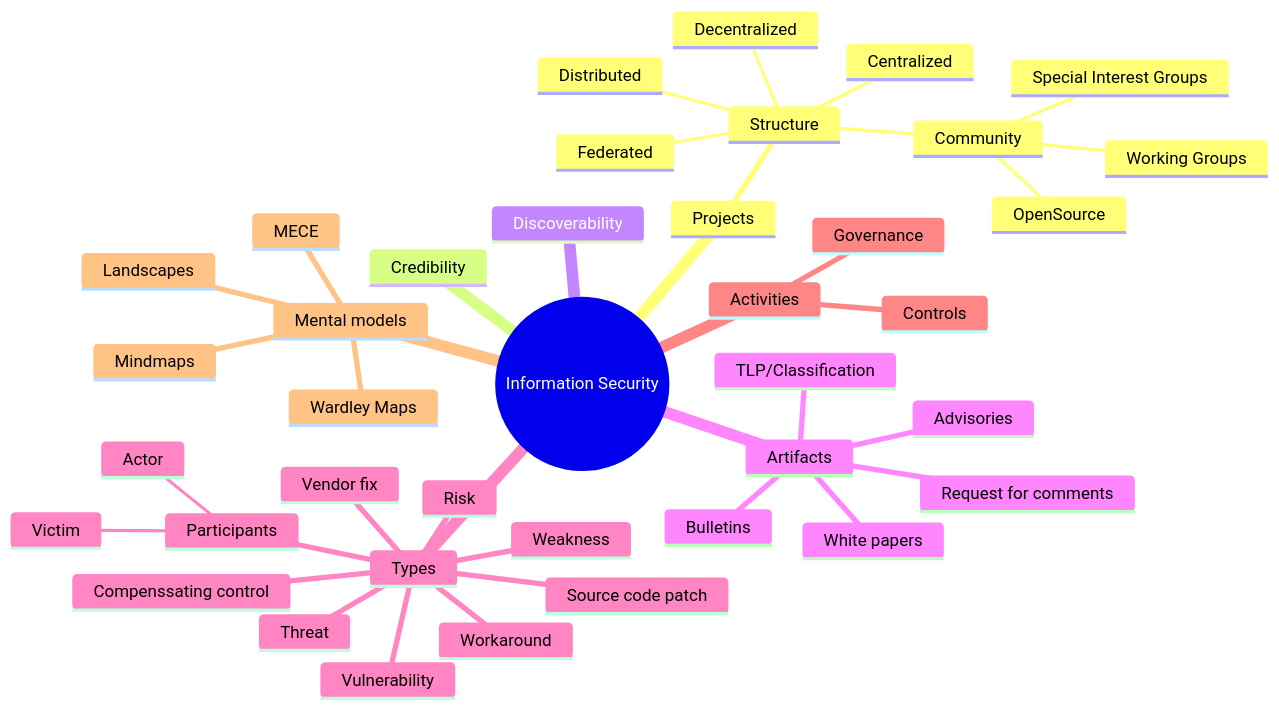
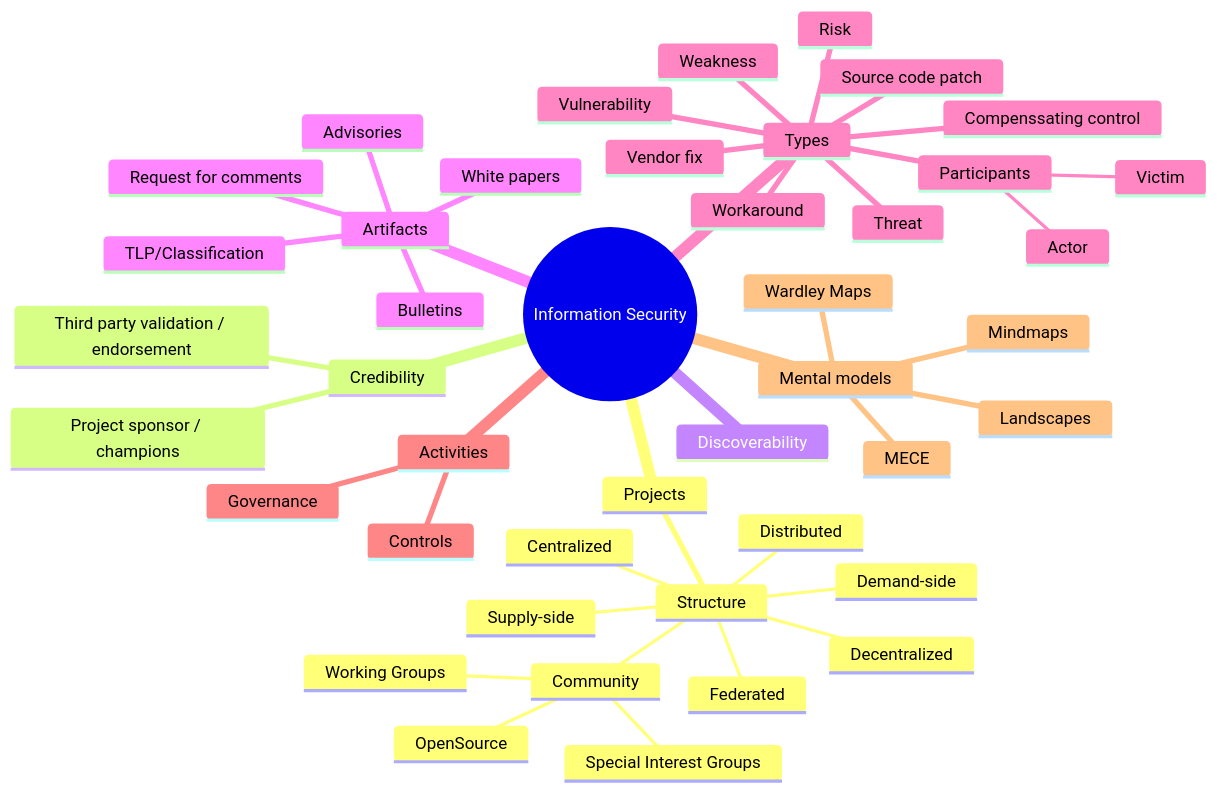
The diagram in security/security-information-projects.md (kurtseifried/wardley-maps), drawn with Mermaid before and after one commit.

````diff
--- a/security/security-information-projects.md
+++ b/security/security-information-projects.md
@@ -1,42 +1,46 @@
 ```mermaid
 mindmap
   root((Information Security))
     Projects
       Structure
         Centralized
         Decentralized
         Federated
         Distributed
+        Supply-side
+        Demand-side
         Community
           OpenSource
           Working Groups
           Special Interest Groups
     Credibility
+      Third party validation / endorsement
+      Project sponsor / champions
     Discoverability
     Artifacts
       White papers
       Request for comments
       Advisories
       Bulletins
       TLP/Classification
     Types
       Vulnerability
       Threat
       Risk
       Weakness
       Workaround
       Compenssating control
       Vendor fix
       Source code patch
       Participants
         Actor
         Victim
     Activities
       Governance
       Controls
     Mental models
       Mindmaps
       Wardley Maps
       MECE
       Landscapes
 ```
````
